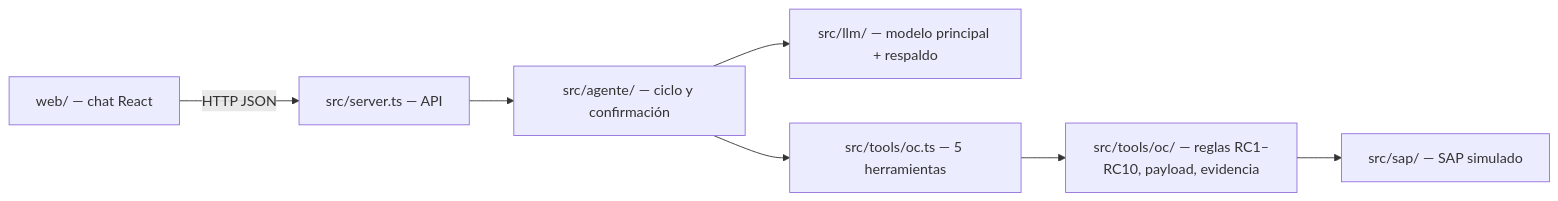
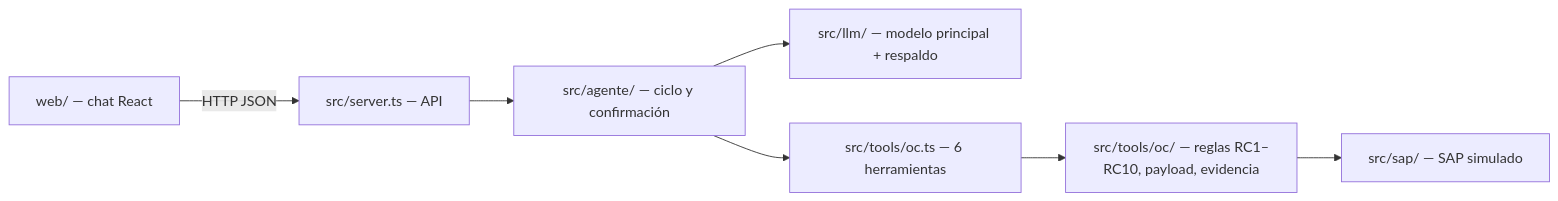
The diagram in README.md (JSBeltran93/reto-03-beltran), drawn with Mermaid before and after one commit. The commit also changed other lines of this file and 1 other file, not shown here.

````diff
--- a/README.md
+++ b/README.md
@@ -81,9 +81,9 @@
 ```mermaid
 flowchart LR
   Web["web/ — chat React"] -->|HTTP JSON| Server["src/server.ts — API"]
   Server --> Agente["src/agente/ — ciclo y confirmación"]
   Agente --> LLM["src/llm/ — modelo principal + respaldo"]
-  Agente --> Tools["src/tools/oc.ts — 5 herramientas"]
+  Agente --> Tools["src/tools/oc.ts — 6 herramientas"]
   Tools --> Dominio["src/tools/oc/ — reglas RC1–RC10, payload, evidencia"]
   Dominio --> SAP["src/sap/ — SAP simulado"]
 ```
````
